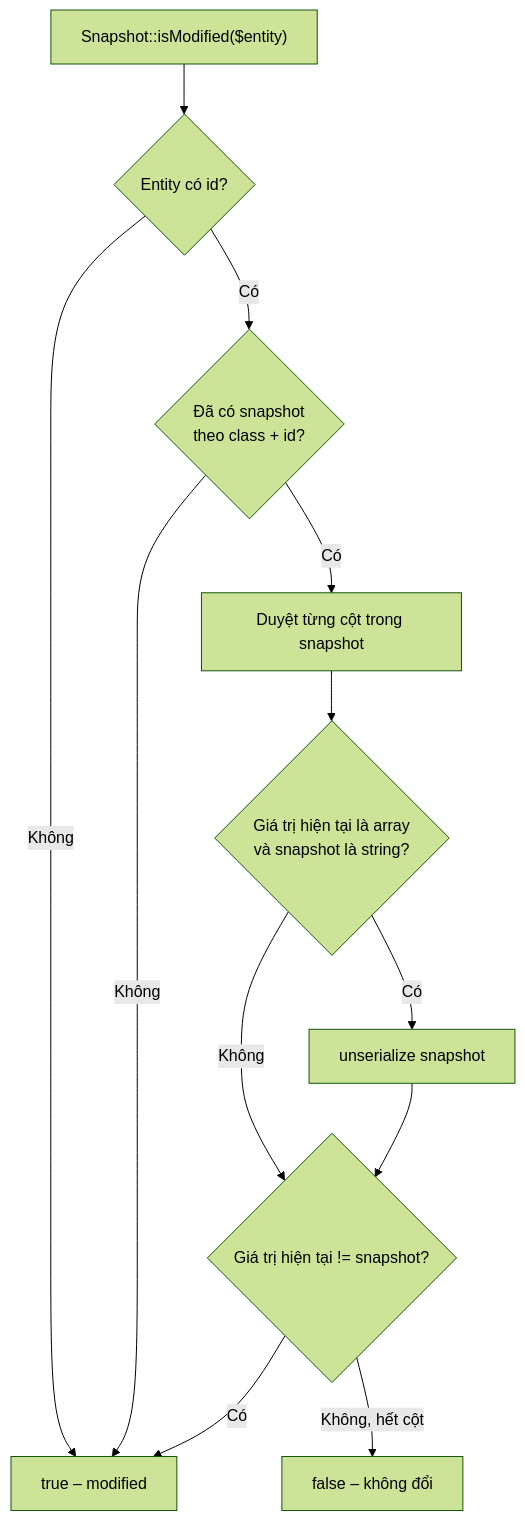
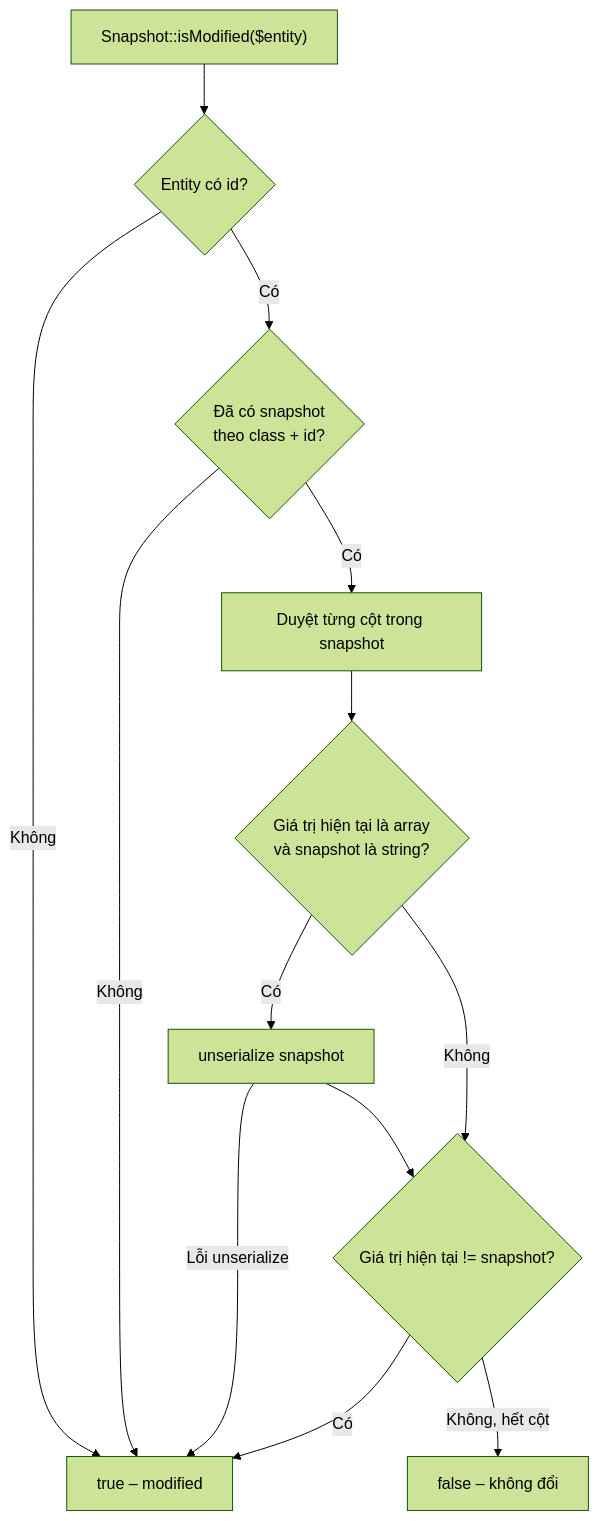
Before and after one commit to dpnam03/dev-doc: the first of 2 diagrams in Dev Docs/10. Magento/10. Knowledge Base/Architecture/DB & Data Object/Snapshot.md, drawn with Mermaid (forest theme). The commit also changed other lines of this file and 10 other files, not shown here.

Commit message:
magento-base-knowledge-architecture - review update DB & Data Object

````diff
--- a/Dev Docs/10. Magento/10. Knowledge Base/Architecture/DB & Data Object/Snapshot.md
+++ b/Dev Docs/10. Magento/10. Knowledge Base/Architecture/DB & Data Object/Snapshot.md
@@ -44,14 +44,15 @@
 ```mermaid
 flowchart TD
     A["Snapshot::isModified($entity)"] --> B{"Entity có id?"}
     B -->|"Không"| T["true – modified"]
     B -->|"Có"| C{"Đã có snapshot<br/>theo class + id?"}
     C -->|"Không"| T
     C -->|"Có"| D["Duyệt từng cột trong snapshot"]
     D --> E{"Giá trị hiện tại là array<br/>và snapshot là string?"}
     E -->|"Có"| F["unserialize snapshot"]
     E -->|"Không"| G{"Giá trị hiện tại != snapshot?"}
+    F -->|"Lỗi unserialize"| T
     F --> G
     G -->|"Có"| T
     G -->|"Không, hết cột"| N["false – không đổi"]
 ```
````
